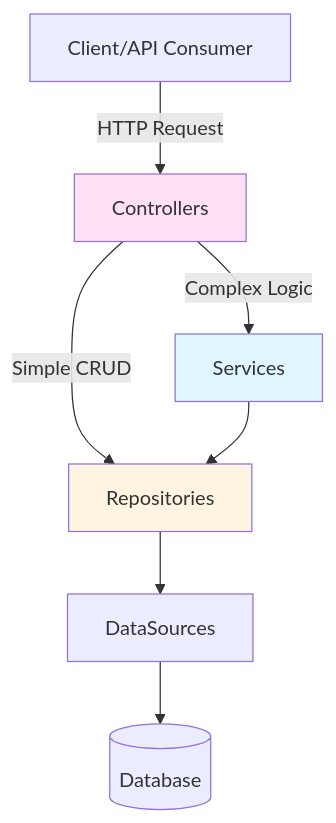
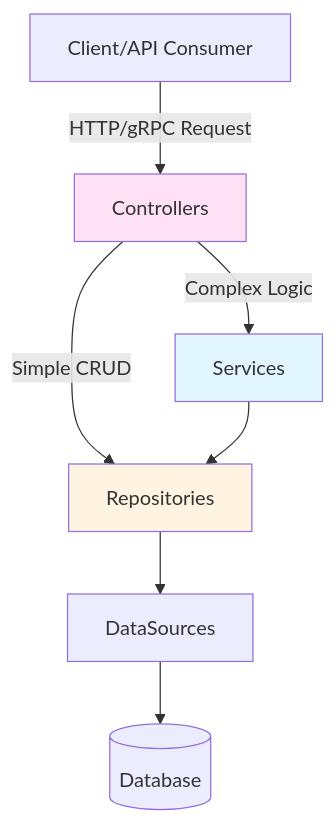
The diagram in packages/docs/wiki/best-practices/architectural-patterns.md (VENIZIA-AI/ignis), drawn with Mermaid before and after one commit. The commit also changed other lines of this file and 218 other files, not shown here.

````diff
--- a/packages/docs/wiki/best-practices/architectural-patterns.md
+++ b/packages/docs/wiki/best-practices/architectural-patterns.md
@@ -9,18 +9,18 @@
 ```mermaid
 graph TD
     Client[Client/API Consumer]
 
-    Client -->|HTTP Request| Controller[Controllers]
+    Client -->|HTTP/gRPC Request| Controller[Controllers]
 
     Controller -->|Simple CRUD| Repo[Repositories]
     Controller -->|Complex Logic| Service[Services]
 
     Service --> Repo
 
     Repo --> DataSource[DataSources]
     DataSource --> DB[(Database)]
 
     style Service fill:#e1f5ff
     style Repo fill:#fff4e1
     style Controller fill:#ffe1f5
 ```
````
